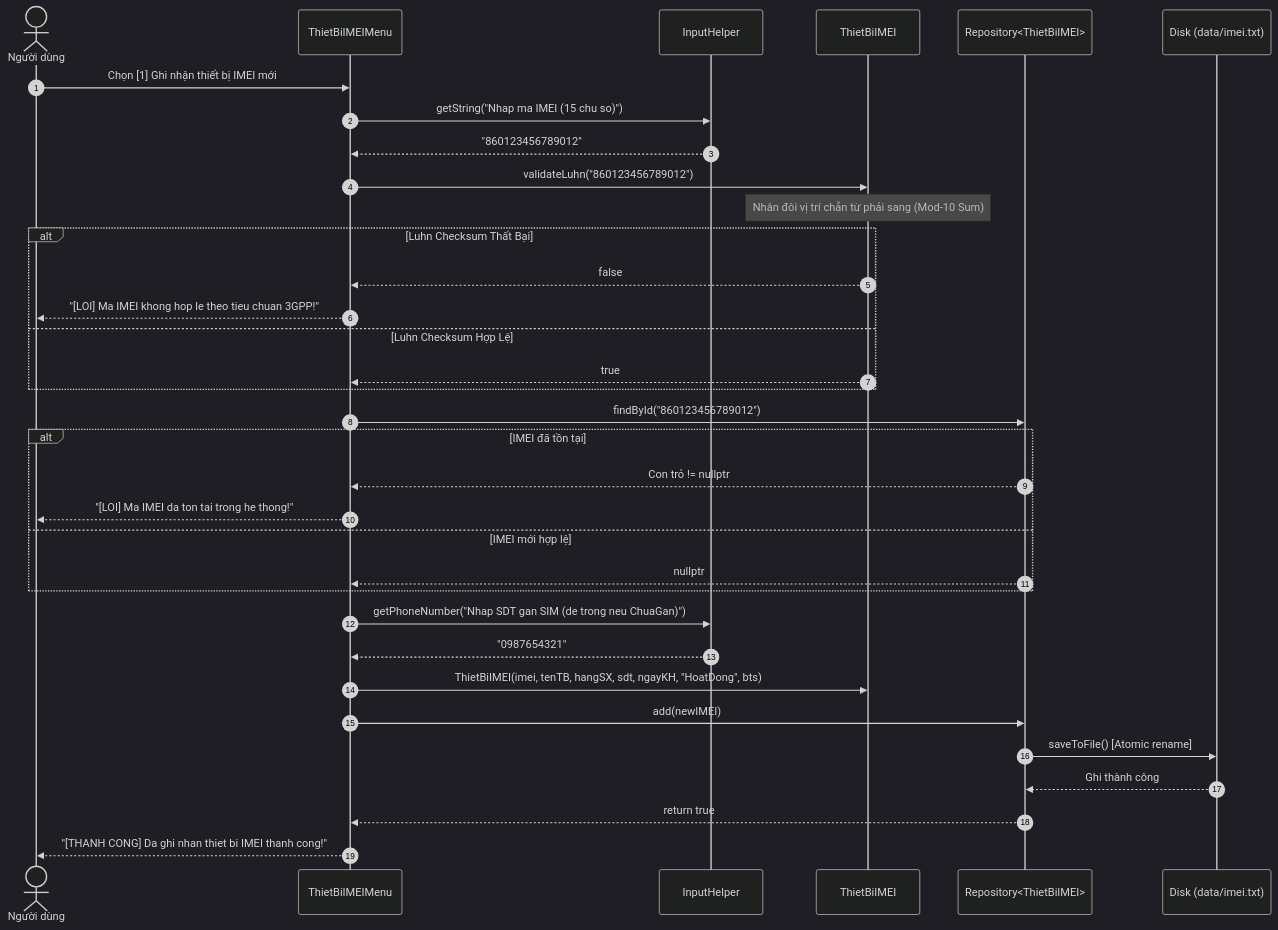
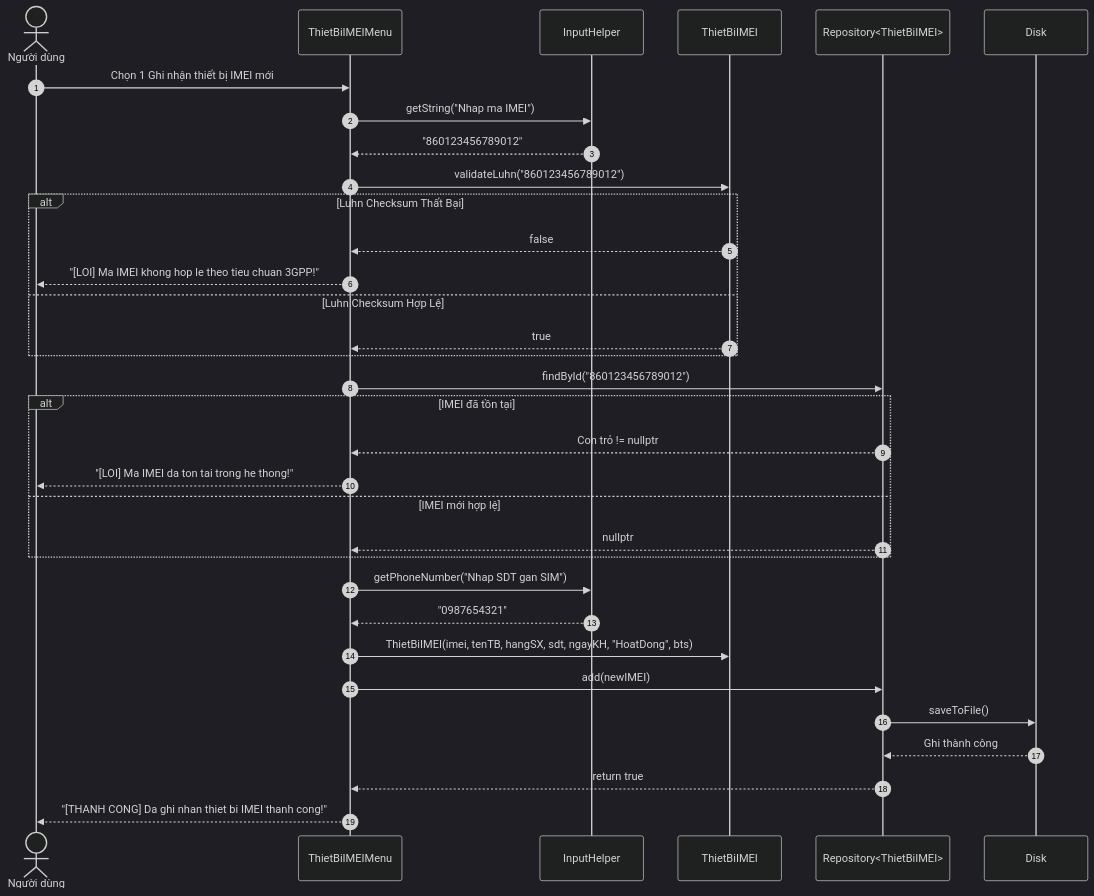
The third of 6 diagrams in docs/Operational/INTERACTION_DIAGRAM.md (khanhtq02-cbmd/BTL_KTLT), drawn with Mermaid (dark theme) before and after one commit. The commit also changed other lines of this file and 55 other files, not shown here.

````diff
--- a/docs/Operational/INTERACTION_DIAGRAM.md
+++ b/docs/Operational/INTERACTION_DIAGRAM.md
@@ -99,41 +122,40 @@
 ```mermaid
 sequenceDiagram
     autonumber
     actor User as Người dùng
     participant Menu as ThietBiIMEIMenu
     participant Input as InputHelper
     participant IMEI as ThietBiIMEI
     participant Repo as Repository<ThietBiIMEI>
-    participant File as Disk (data/imei.txt)
+    participant File as Disk
 
-    User->>Menu: Chọn [1] Ghi nhận thiết bị IMEI mới
-    Menu->>Input: getString("Nhap ma IMEI (15 chu so)")
+    User->>Menu: Chọn 1 Ghi nhận thiết bị IMEI mới
+    Menu->>Input: getString("Nhap ma IMEI")
     Input-->>Menu: "860123456789012"
 
     Menu->>IMEI: validateLuhn("860123456789012")
-    Note over IMEI: Nhân đôi vị trí chẵn từ phải sang (Mod-10 Sum)
     alt Luhn Checksum Thất Bại
         IMEI-->>Menu: false
         Menu-->>User: "[LOI] Ma IMEI khong hop le theo tieu chuan 3GPP!"
     else Luhn Checksum Hợp Lệ
         IMEI-->>Menu: true
     end
 
     Menu->>Repo: findById("860123456789012")
     alt IMEI đã tồn tại
         Repo-->>Menu: Con trỏ != nullptr
         Menu-->>User: "[LOI] Ma IMEI da ton tai trong he thong!"
     else IMEI mới hợp lệ
         Repo-->>Menu: nullptr
     end
 
-    Menu->>Input: getPhoneNumber("Nhap SDT gan SIM (de trong neu ChuaGan)")
+    Menu->>Input: getPhoneNumber("Nhap SDT gan SIM")
     Input-->>Menu: "0987654321"
 
     Menu->>IMEI: ThietBiIMEI(imei, tenTB, hangSX, sdt, ngayKH, "HoatDong", bts)
     Menu->>Repo: add(newIMEI)
-    Repo->>File: saveToFile() [Atomic rename]
+    Repo->>File: saveToFile()
     File-->>Repo: Ghi thành công
     Repo-->>Menu: return true
     Menu-->>User: "[THANH CONG] Da ghi nhan thiet bi IMEI thanh cong!"
 ```
````
